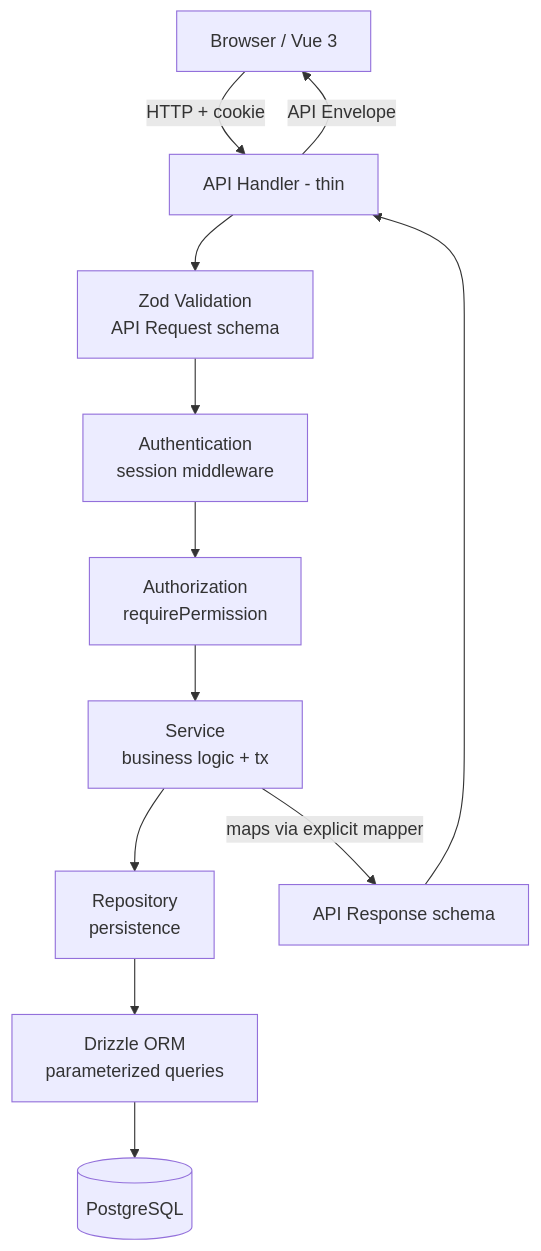
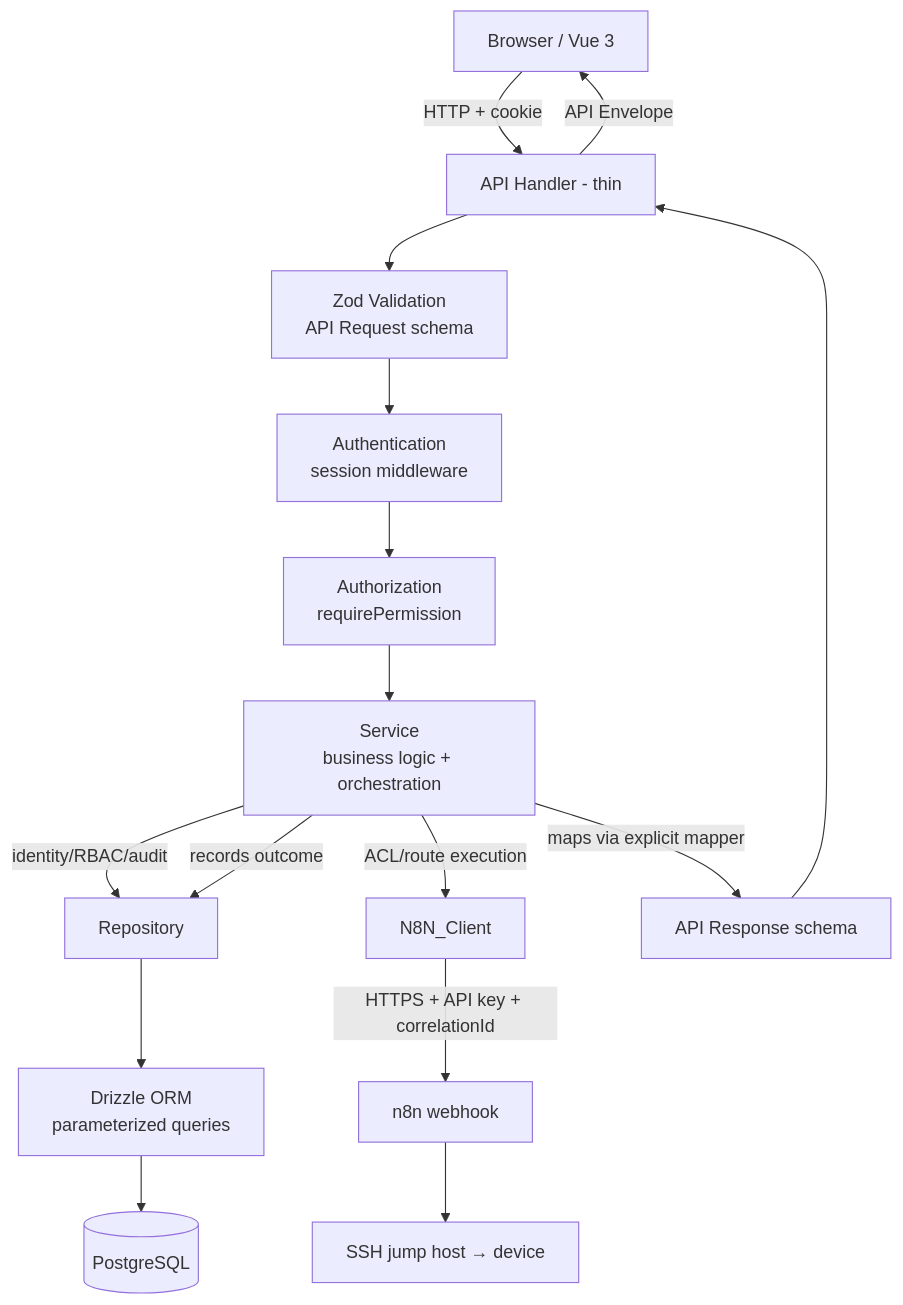
The first of 2 diagrams in .kiro/specs/netops-policy-manager/design.md (DavidNath4/netops-policy), drawn with Mermaid before and after one commit. The commit also changed other lines of this file and 59 other files, not shown here.

````diff
--- a/.kiro/specs/netops-policy-manager/design.md
+++ b/.kiro/specs/netops-policy-manager/design.md
@@ -41,14 +47,18 @@
 ```mermaid
 flowchart TD
     A[Browser / Vue 3] -->|HTTP + cookie| B[API Handler - thin]
     B --> C[Zod Validation<br/>API Request schema]
     C --> D[Authentication<br/>session middleware]
     D --> E[Authorization<br/>requirePermission]
-    E --> F[Service<br/>business logic + tx]
-    F --> G[Repository<br/>persistence]
+    E --> F[Service<br/>business logic + orchestration]
+    F -->|identity/RBAC/audit| G[Repository]
     G --> H[Drizzle ORM<br/>parameterized queries]
     H --> I[(PostgreSQL)]
+    F -->|ACL/route execution| N[N8N_Client]
+    N -->|HTTPS + API key + correlationId| K[n8n webhook]
+    K --> L[SSH jump host → device]
+    F -->|records outcome| G
     F -->|maps via explicit mapper| J[API Response schema]
     J --> B
     B -->|API Envelope| A
 ```
````
